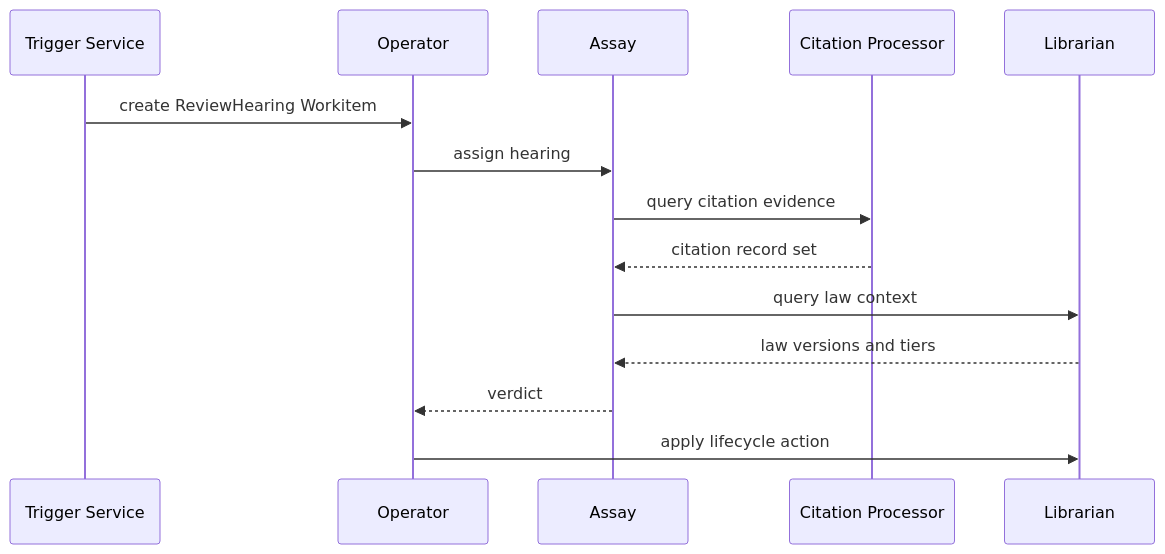
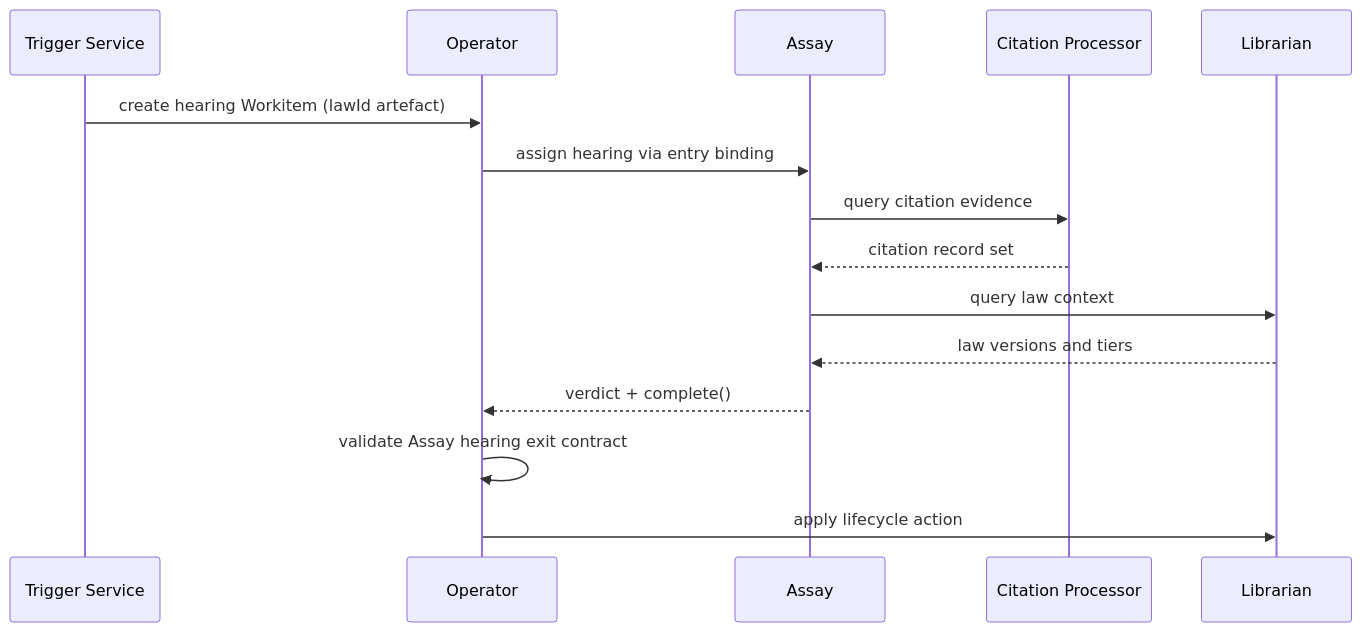
One commit to really-knows-ai/gideas changed the third of 3 diagrams in 02-flow/04-system-services.md. Above: the diagram before and after it, drawn with Mermaid. The commit also changed other lines of this file and 8 other files, not shown here.

Commit message:
docs(spec): define Assay hearing workitem boundaries

````diff
--- a/02-flow/04-system-services.md
+++ b/02-flow/04-system-services.md
@@ -160,17 +162,18 @@
 ```mermaid
 sequenceDiagram
     participant TR as Trigger Service
     participant OP as Operator
     participant AS as Assay
     participant CP as Citation Processor
     participant LB as Librarian
 
-    TR->>OP: create ReviewHearing Workitem
-    OP->>AS: assign hearing
+    TR->>OP: create hearing Workitem (lawId artefact)
+    OP->>AS: assign hearing via entry binding
     AS->>CP: query citation evidence
     CP-->>AS: citation record set
     AS->>LB: query law context
     LB-->>AS: law versions and tiers
-    AS-->>OP: verdict
+    AS-->>OP: verdict + complete()
+    OP->>OP: validate Assay hearing exit contract
     OP->>LB: apply lifecycle action
 ```
````
